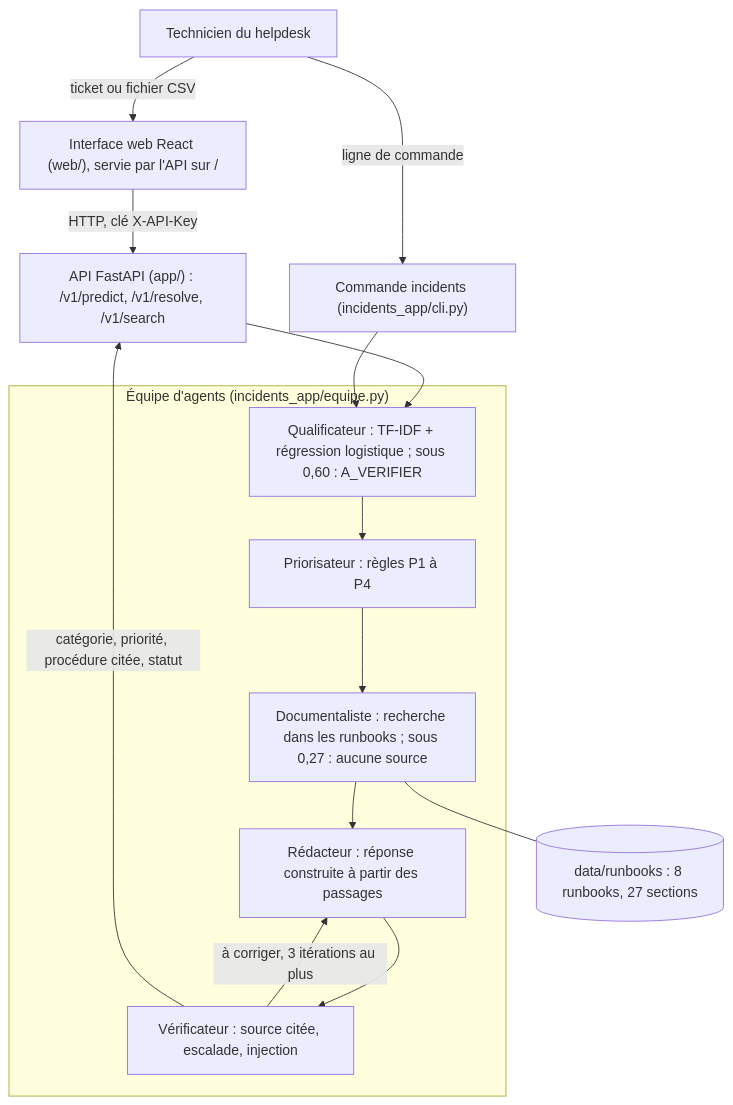
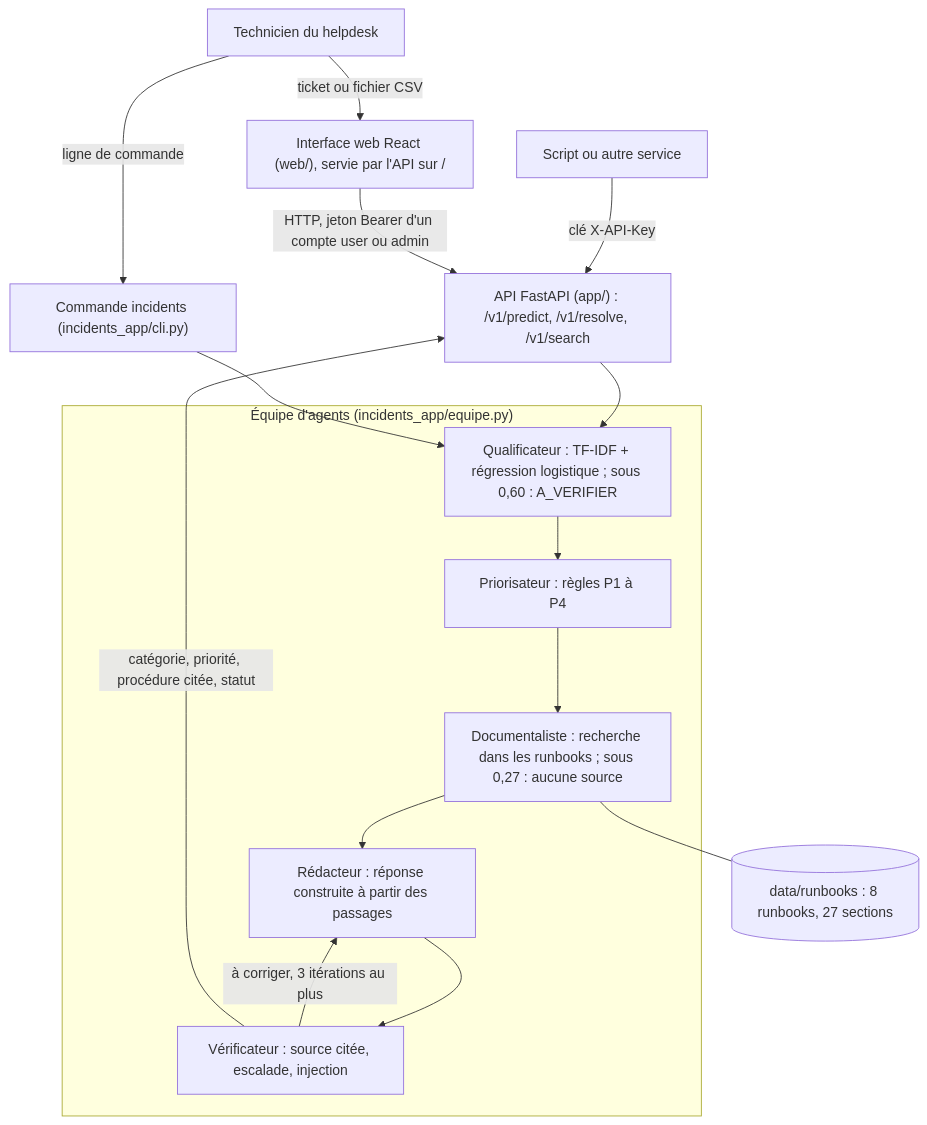
One commit to inazuma2004/Lamzouri_Ishak-Amrani_Ismail_Projet20 changed the diagram in docs/architecture.md. Above: the diagram before and after it, drawn with Mermaid. The commit also changed 13 other files, not shown here.

````diff
--- a/docs/architecture.md
+++ b/docs/architecture.md
@@ -3,19 +3,20 @@
 ```mermaid
 flowchart TD
     U["Technicien du helpdesk"] -->|ticket ou fichier CSV| UI["Interface web React (web/), servie par l'API sur /"]
+    S["Script ou autre service"] -->|clé X-API-Key| API
     U -->|ligne de commande| CLI["Commande incidents (incidents_app/cli.py)"]
-    UI -->|HTTP, clé X-API-Key| API["API FastAPI (app/) : /v1/predict, /v1/resolve, /v1/search"]
+    UI -->|HTTP, jeton Bearer d'un compte user ou admin| API["API FastAPI (app/) : /v1/predict, /v1/resolve, /v1/search"]
     API --> Q
     CLI --> Q
     subgraph Equipe ["Équipe d'agents (incidents_app/equipe.py)"]
         Q["Qualificateur : TF-IDF + régression logistique ; sous 0,60 : A_VERIFIER"]
         P["Priorisateur : règles P1 à P4"]
         D["Documentaliste : recherche dans les runbooks ; sous 0,27 : aucune source"]
         R["Rédacteur : réponse construite à partir des passages"]
         V["Vérificateur : source citée, escalade, injection"]
         Q --> P --> D --> R --> V
         V -->|à corriger, 3 itérations au plus| R
     end
     D --- RB[("data/runbooks : 8 runbooks, 27 sections")]
     V -->|catégorie, priorité, procédure citée, statut| API
 ```
````
